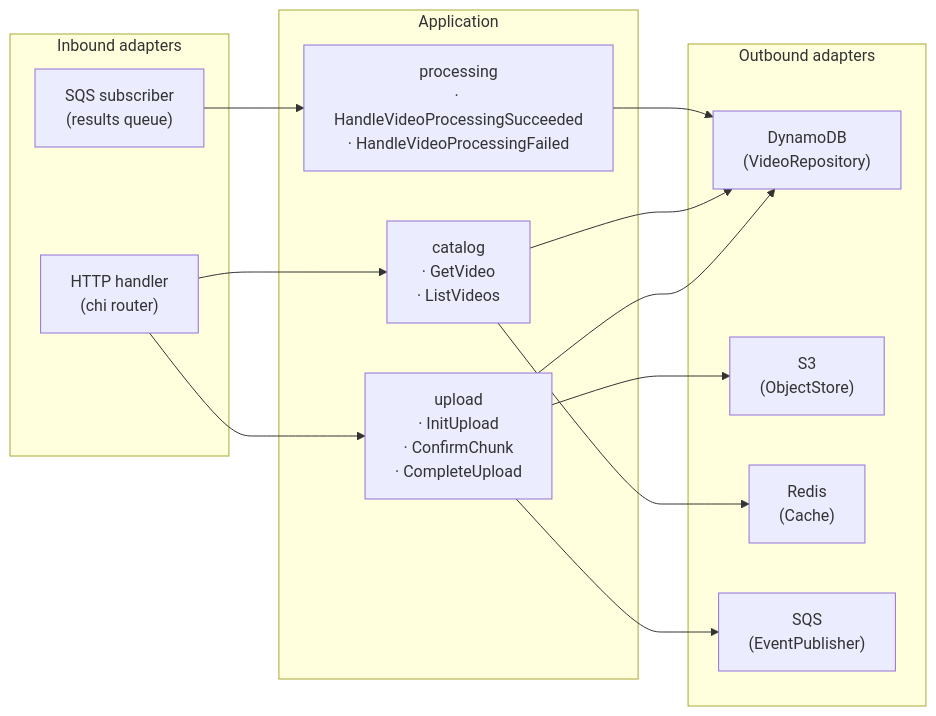
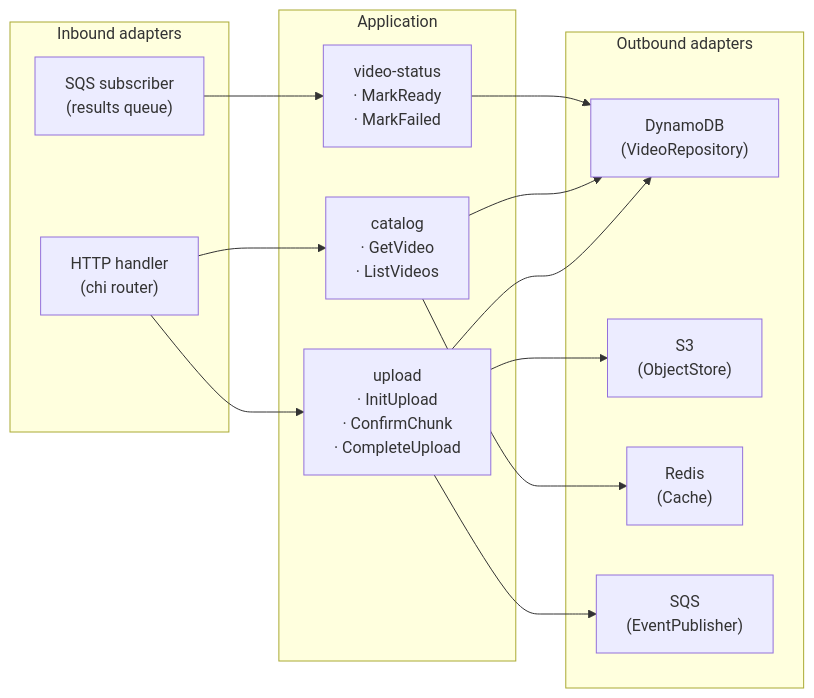
One commit to lregnier/design-youtube changed the first of 4 diagrams in backend/api/README.md. Above: the diagram before and after it, drawn with Mermaid. The commit also changed other lines of this file and 22 other files, not shown here.

````diff
--- a/backend/api/README.md
+++ b/backend/api/README.md
@@ -9,31 +9,31 @@
 ```mermaid
 graph LR
     subgraph Inbound["Inbound adapters"]
         HTTP["HTTP handler\n(chi router)"]
         SQSIn["SQS subscriber\n(results queue)"]
     end
 
     subgraph App["Application"]
         Upload["upload\n· InitUpload\n· ConfirmChunk\n· CompleteUpload"]
         Catalog["catalog\n· GetVideo\n· ListVideos"]
-        Processing["processing\n· HandleVideoProcessingSucceeded\n· HandleVideoProcessingFailed"]
+        Processing["video-status\n· MarkReady\n· MarkFailed"]
     end
 
     subgraph Outbound["Outbound adapters"]
         DynDB["DynamoDB\n(VideoRepository)"]
         S3["S3\n(ObjectStore)"]
         Redis["Redis\n(Cache)"]
         SQSOut["SQS\n(EventPublisher)"]
     end
 
     HTTP --> Upload
     HTTP --> Catalog
     SQSIn --> Processing
 
     Upload --> DynDB
     Upload --> S3
     Upload --> SQSOut
     Catalog --> DynDB
     Catalog --> Redis
     Processing --> DynDB
 ```
````
